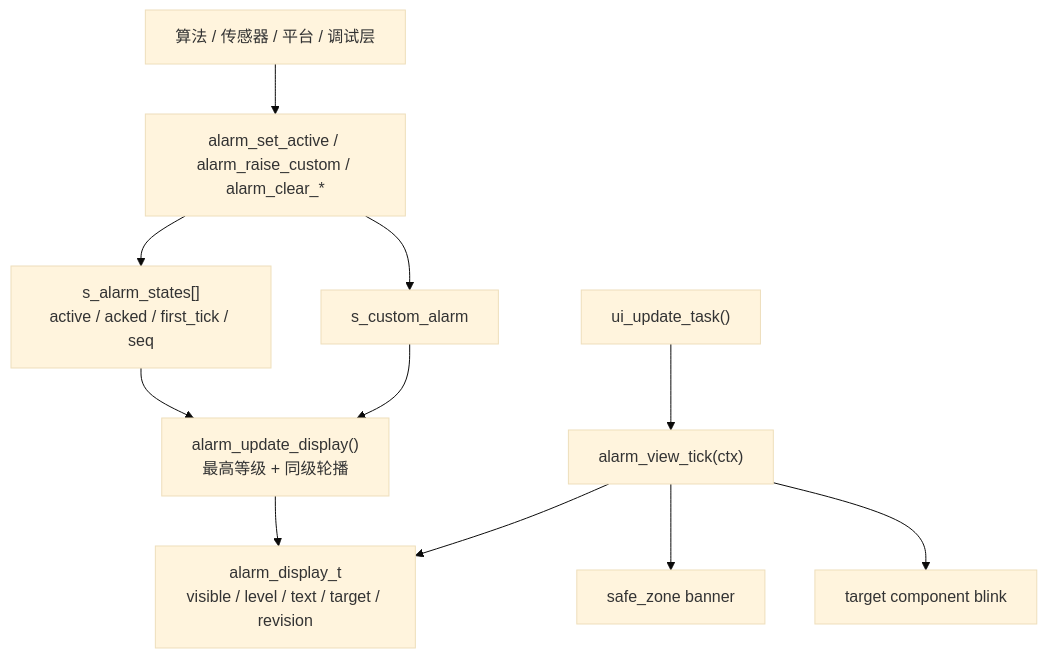
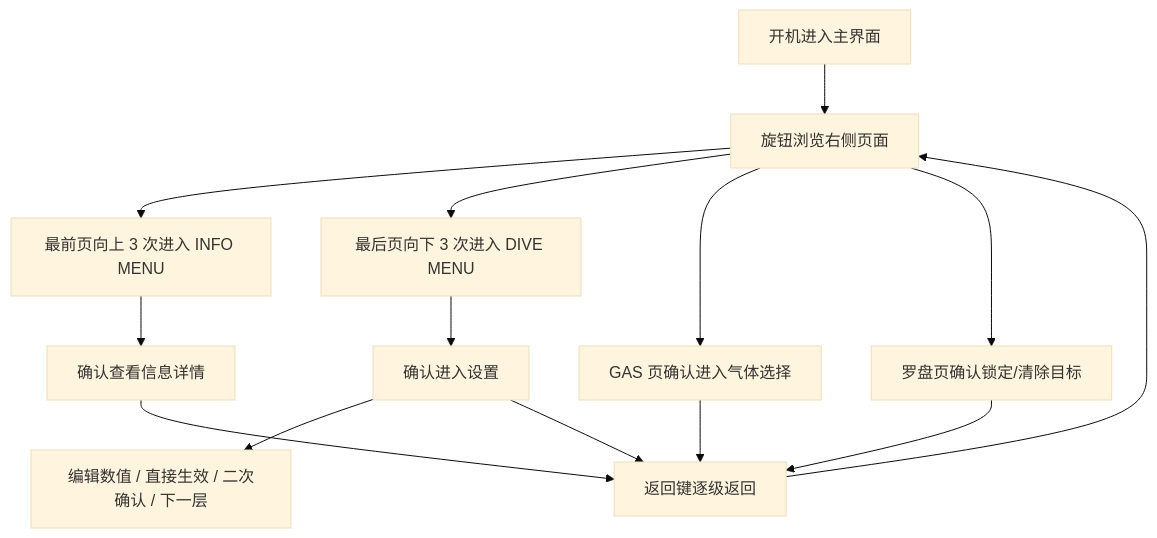
Diagram 12 of 12 in UI_html_DOC/UI_STATE_LOGIC.md (arexvision/lv_port_win_codeblocks-release-v8.3_hasGroup), drawn with Mermaid (base theme) before and after one commit. The commit also changed other lines of this file, not shown here.

````diff
--- a/UI_html_DOC/UI_STATE_LOGIC.md
+++ b/UI_html_DOC/UI_STATE_LOGIC.md
@@ -583,13 +357,18 @@
 ```mermaid
 flowchart TB
-    Owner["算法 / 传感器 / 平台 / 调试层"] --> API["alarm_set_active / alarm_raise_custom / alarm_clear_*"]
-    API --> StateTable["s_alarm_states[]<br/>active / acked / first_tick / seq"]
-    API --> Custom["s_custom_alarm"]
-    StateTable --> DisplaySelect["alarm_update_display()<br/>最高等级 + 同级轮播"]
-    Custom --> DisplaySelect
-    DisplaySelect --> Display["alarm_display_t<br/>visible / level / text / target / revision"]
-    UITask["ui_update_task()"] --> ViewTick["alarm_view_tick(ctx)"]
-    ViewTick --> Display
-    ViewTick --> Banner["safe_zone banner"]
-    ViewTick --> TargetBlink["target component blink"]
+    Start["开机进入主界面"] --> Browse["旋钮浏览右侧页面"]
+    Browse --> InfoEntry["最前页向上 3 次进入 INFO MENU"]
+    Browse --> SetupEntry["最后页向下 3 次进入 DIVE MENU"]
+    Browse --> GasEntry["GAS 页确认进入气体选择"]
+    Browse --> CompassEntry["罗盘页确认锁定/清除目标"]
+
+    InfoEntry --> InfoDetail["确认查看信息详情"]
+    SetupEntry --> Setting["确认进入设置"]
+    Setting --> Edit["编辑数值 / 直接生效 / 二次确认 / 下一层"]
+
+    InfoDetail --> Back["返回键逐级返回"]
+    Setting --> Back
+    GasEntry --> Back
+    CompassEntry --> Back
+    Back --> Browse
 ```
````
